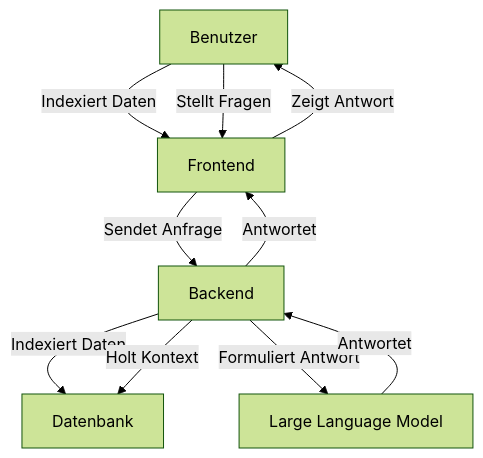
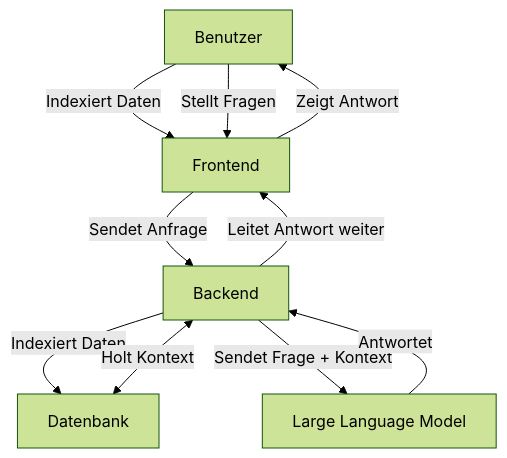
Before and after one commit to StellaSlad/HagenCopilot: the diagram in README.md, drawn with Mermaid (forest theme). The commit also changed other lines of this file, not shown here.

Commit message:
added Lösungsskizze

````diff
--- a/README.md
+++ b/README.md
@@ -38,12 +38,12 @@
 ```mermaid
 graph TD;
     User[Benutzer] -->|Indexiert Daten| Frontend[Frontend];
     User -->|Stellt Fragen| Frontend;
     Frontend -->|Sendet Anfrage| Backend[Backend];
     Backend -->|Indexiert Daten| Database[Datenbank];
-    Backend -->|Holt Kontext| Database;
-    Backend -->|Formuliert Antwort| LLM[Large Language Model];
+    Backend <-->|Holt Kontext| Database;
+    Backend -->|Sendet Frage + Kontext| LLM[Large Language Model];
     LLM -->|Antwortet| Backend;
-    Backend -->|Antwortet| Frontend;
+    Backend -->|Leitet Antwort weiter| Frontend;
     Frontend -->|Zeigt Antwort| User;
 ```
````
